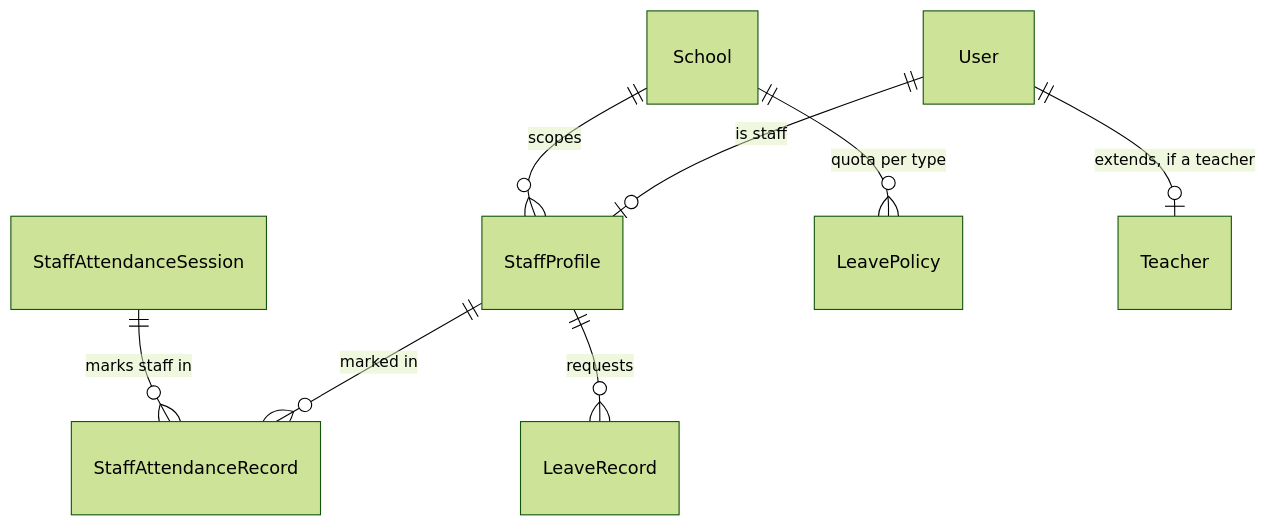
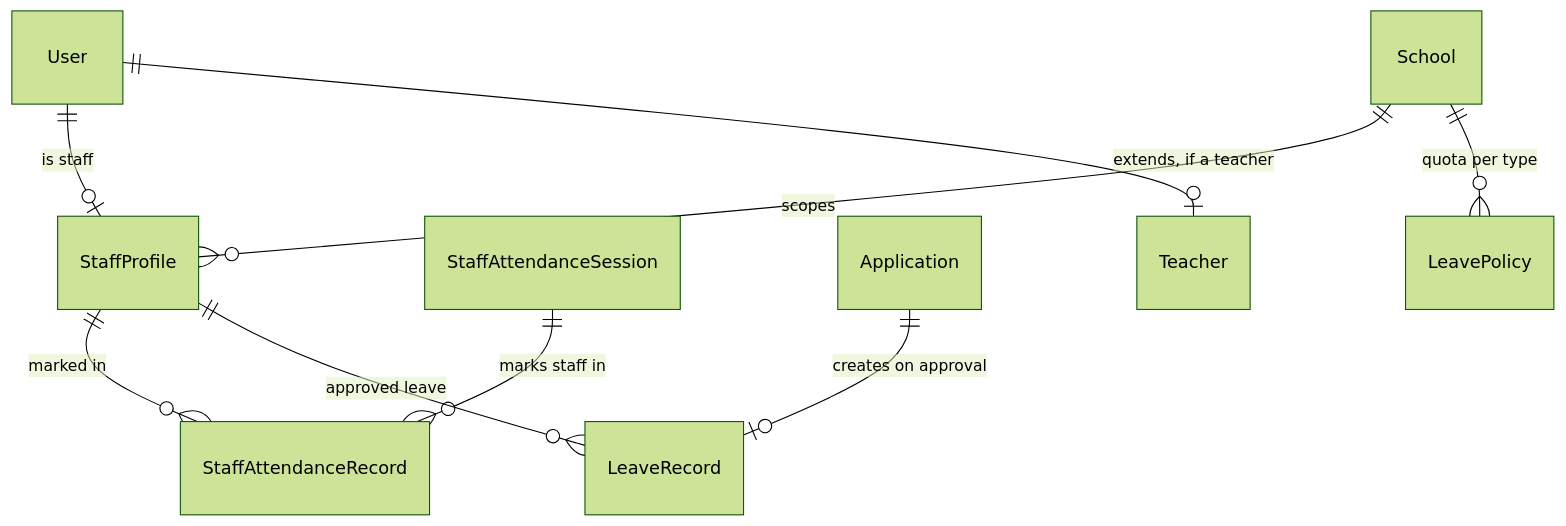
One commit to tareq89/biddaloy changed the first of 2 diagrams in docs/architecture/18-staff-attendance-leave.md. Above: the diagram before and after it, drawn with Mermaid (forest theme). The commit also changed other lines of this file and 5 other files, not shown here.

First line of the commit message:
[52.6.3] docs — applications architecture doc and cross-links

````diff
--- a/docs/architecture/18-staff-attendance-leave.md
+++ b/docs/architecture/18-staff-attendance-leave.md
@@ -14,10 +14,11 @@
 ```mermaid
 erDiagram
     User                    ||--o| StaffProfile              : "is staff"
     School                  ||--o{ StaffProfile              : scopes
     StaffProfile            ||--o{ StaffAttendanceRecord      : "marked in"
     StaffAttendanceSession  ||--o{ StaffAttendanceRecord      : "marks staff in"
-    StaffProfile            ||--o{ LeaveRecord                : "requests"
+    StaffProfile            ||--o{ LeaveRecord                : "approved leave"
+    Application             ||--o| LeaveRecord                : "creates on approval"
     School                  ||--o{ LeavePolicy                : "quota per type"
     User                    ||--o| Teacher                    : "extends, if a teacher"
 ```
````
